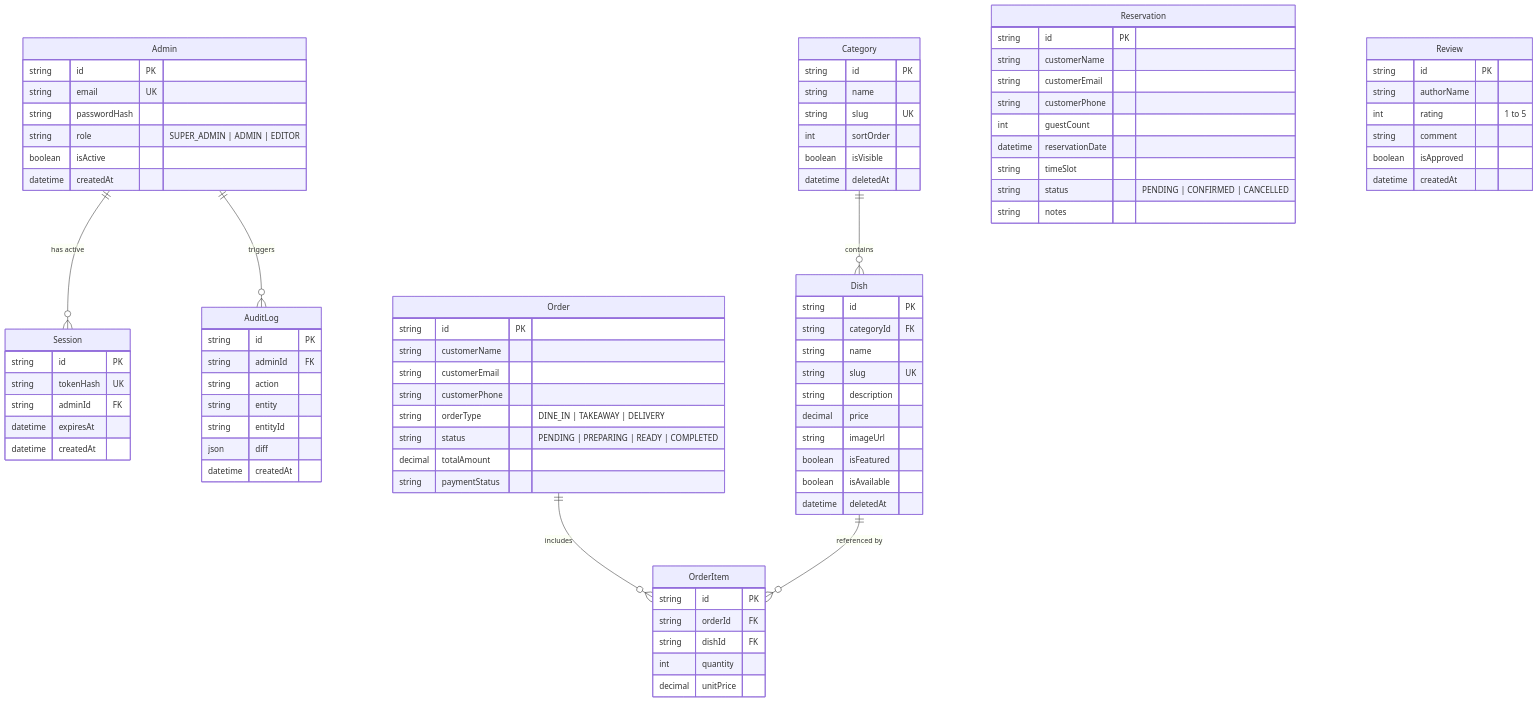
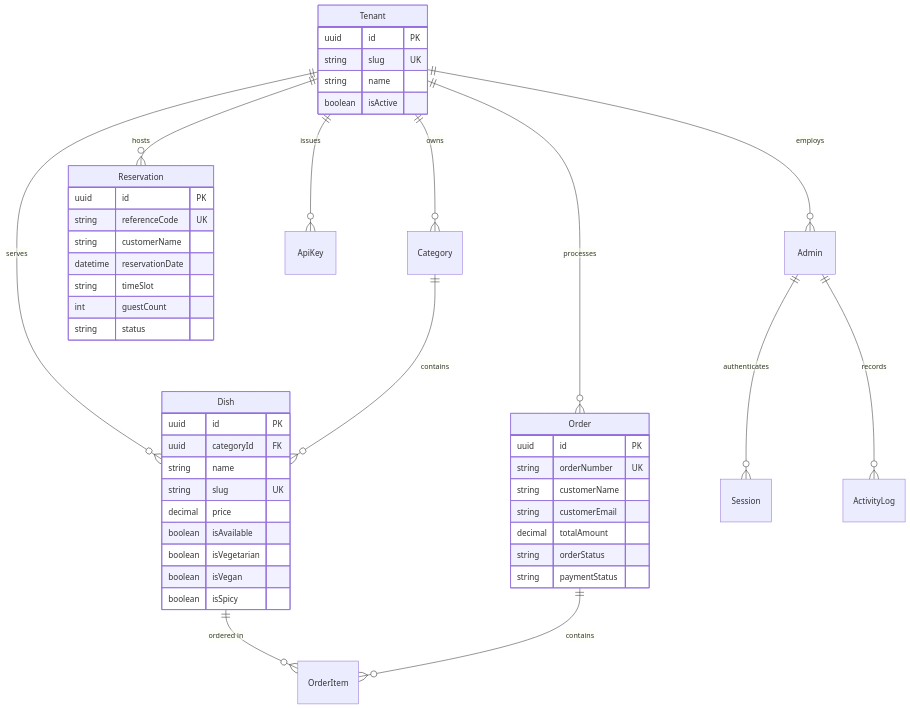
The second of 2 diagrams in README.md (Himanshusingh204/cafeplatform), drawn with Mermaid before and after one commit. The commit also changed other lines of this file and 12 other files, not shown here.

Commit message:
feat: decoupled dual-port architecture, humanized brand documentation, and CI E2E test alignment

````diff
--- a/README.md
+++ b/README.md
@@ -167,97 +162,54 @@
 ```mermaid
 erDiagram
-    Admin ||--o{ Session : "has active"
-    Admin ||--o{ AuditLog : "triggers"
+    Tenant ||--o{ Category : "owns"
+    Tenant ||--o{ Dish : "serves"
+    Tenant ||--o{ Order : "processes"
+    Tenant ||--o{ Reservation : "hosts"
+    Tenant ||--o{ ApiKey : "issues"
+    Tenant ||--o{ Admin : "employs"
+
     Category ||--o{ Dish : "contains"
-    Order ||--o{ OrderItem : "includes"
-    Dish ||--o{ OrderItem : "referenced by"
+    Dish ||--o{ OrderItem : "ordered in"
+    Order ||--o{ OrderItem : "contains"
+    Admin ||--o{ Session : "authenticates"
+    Admin ||--o{ ActivityLog : "records"
 
-    Admin {
-        string id PK
-        string email UK
-        string passwordHash
-        string role "SUPER_ADMIN | ADMIN | EDITOR"
+    Tenant {
+        uuid id PK
+        string slug UK
+        string name
         boolean isActive
-        datetime createdAt
-    }
-
-    Session {
-        string id PK
-        string tokenHash UK
-        string adminId FK
-        datetime expiresAt
-        datetime createdAt
-    }
-
-    Category {
-        string id PK
-        string name
-        string slug UK
-        int sortOrder
-        boolean isVisible
-        datetime deletedAt
     }
 
     Dish {
-        string id PK
-        string categoryId FK
+        uuid id PK
+        uuid categoryId FK
         string name
         string slug UK
-        string description
         decimal price
-        string imageUrl
-        boolean isFeatured
         boolean isAvailable
-        datetime deletedAt
+        boolean isVegetarian
+        boolean isVegan
+        boolean isSpicy
+    }
+
+    Order {
+        uuid id PK
+        string orderNumber UK
+        string customerName
+        string customerEmail
+        decimal totalAmount
+        string orderStatus
+        string paymentStatus
     }
 
     Reservation {
-        string id PK
+        uuid id PK
+        string referenceCode UK
         string customerName
-        string customerEmail
-        string customerPhone
-        int guestCount
         datetime reservationDate
         string timeSlot
-        string status "PENDING | CONFIRMED | CANCELLED"
-        string notes
-    }
-
-    Order {
-        string id PK
-        string customerName
-        string customerEmail
-        string customerPhone
-        string orderType "DINE_IN | TAKEAWAY | DELIVERY"
-        string status "PENDING | PREPARING | READY | COMPLETED"
-        decimal totalAmount
-        string paymentStatus
-    }
-
-    OrderItem {
-        string id PK
-        string orderId FK
-        string dishId FK
-        int quantity
-        decimal unitPrice
-    }
-
-    Review {
-        string id PK
-        string authorName
-        int rating "1 to 5"
-        string comment
-        boolean isApproved
-        datetime createdAt
-    }
-
-    AuditLog {
-        string id PK
-        string adminId FK
-        string action
-        string entity
-        string entityId
-        json diff
-        datetime createdAt
+        int guestCount
+        string status
     }
 ```
````
